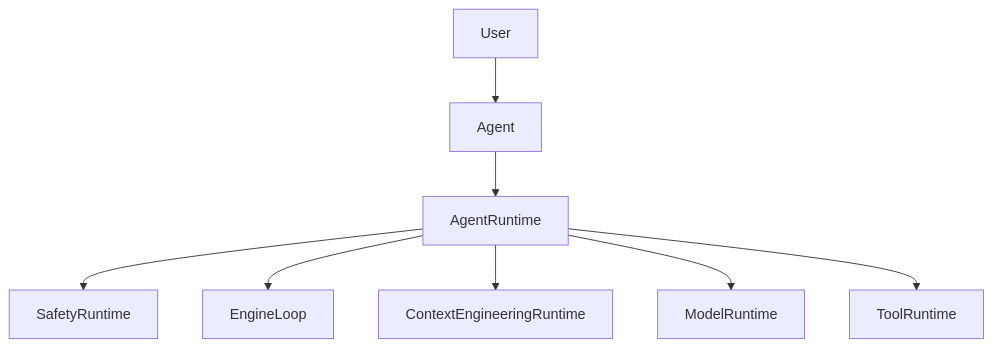
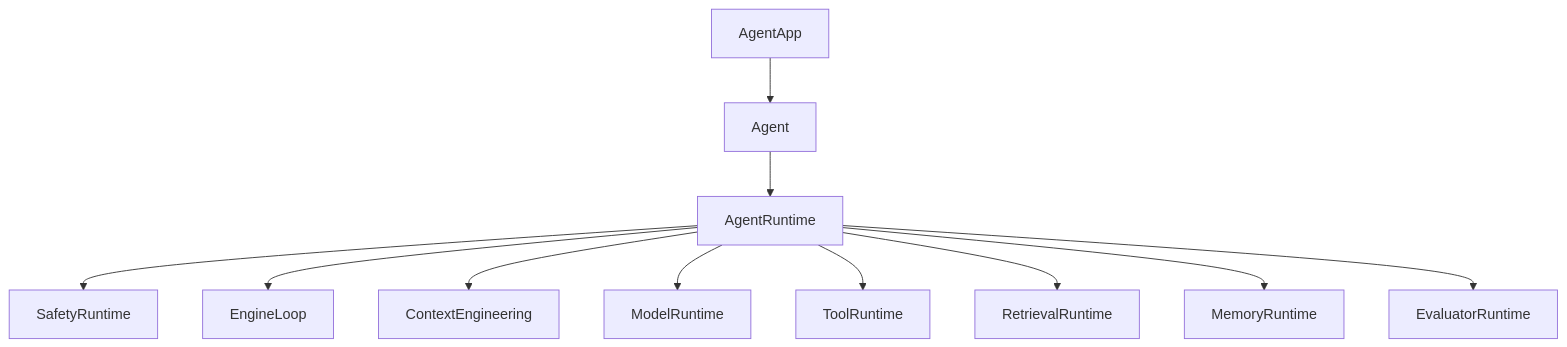
One commit to 869413421/build_agent changed the second of 3 diagrams in docs/tutorials/12-从0到1工业级Agent框架打造-第十二章-Agent-开箱即用入口与可扩展编排层.md. Above: the diagram before and after it, drawn with Mermaid. The commit also changed other lines of this file and 9 other files, not shown here.

````diff
--- a/docs/tutorials/12-从0到1工业级Agent框架打造-第十二章-Agent-开箱即用入口与可扩展编排层.md
+++ b/docs/tutorials/12-从0到1工业级Agent框架打造-第十二章-Agent-开箱即用入口与可扩展编排层.md
@@ -31,10 +38,13 @@
 ```mermaid
 flowchart TD
-  User --> Agent
-  Agent --> AgentRuntime
-  AgentRuntime --> SafetyRuntime
-  AgentRuntime --> EngineLoop
-  AgentRuntime --> ContextEngineeringRuntime
-  AgentRuntime --> ModelRuntime
-  AgentRuntime --> ToolRuntime
+  App[AgentApp] --> Agent[Agent]
+  Agent --> Runtime[AgentRuntime]
+  Runtime --> Safety[SafetyRuntime]
+  Runtime --> Engine[EngineLoop]
+  Runtime --> Context[ContextEngineering]
+  Runtime --> Model[ModelRuntime]
+  Runtime --> Tool[ToolRuntime]
+  Runtime --> Retrieval[RetrievalRuntime]
+  Runtime --> Memory[MemoryRuntime]
+  Runtime --> Evaluator[EvaluatorRuntime]
 ```
````
